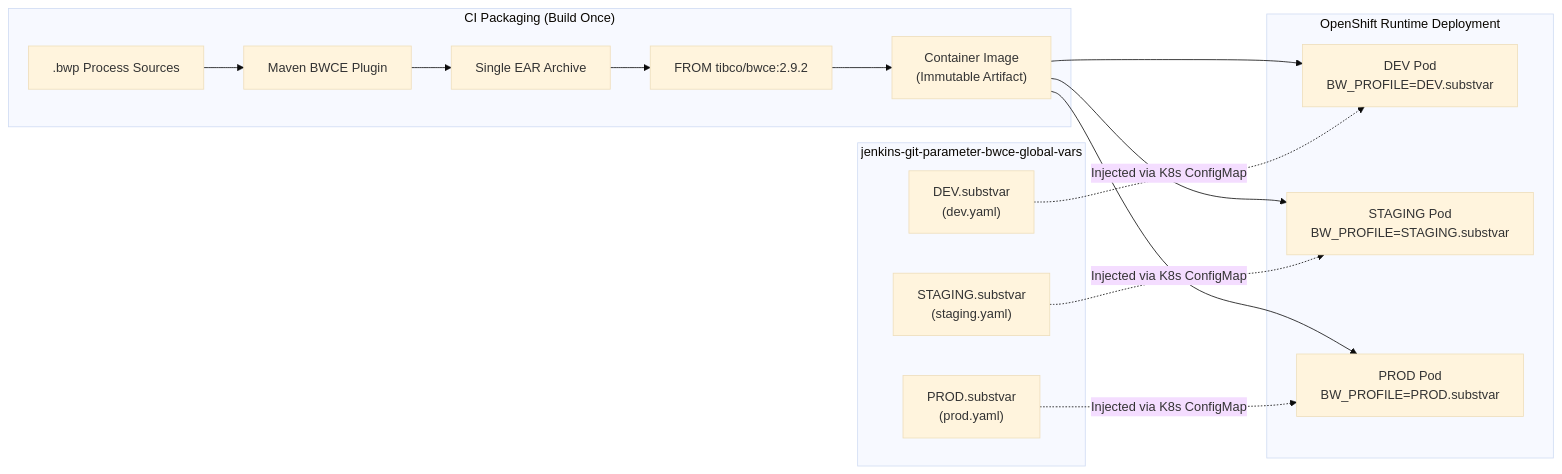
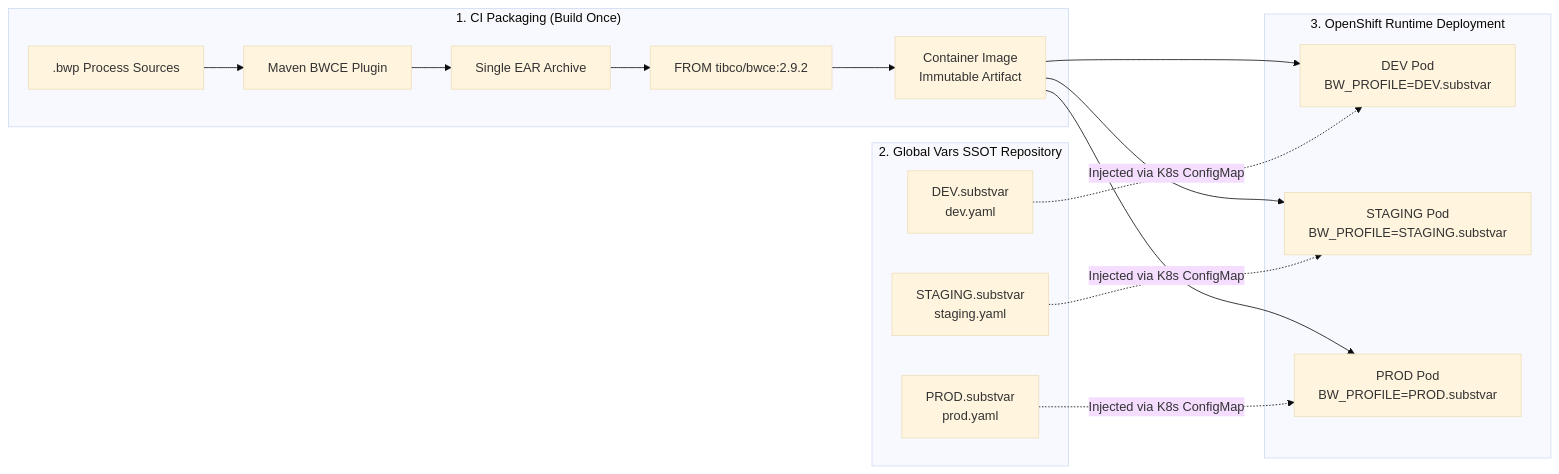
The second of 10 diagrams in README.md (nubenetes/jenkins-git-parameter-bwce), drawn with Mermaid (base theme) before and after one commit. The commit also changed other lines of this file, not shown here.

Commit message:
docs: fold all diagrams and add comprehensive architectural flows with validated Mermaid syntax

````diff
--- a/README.md
+++ b/README.md
@@ -140,25 +144,25 @@
 ```mermaid
 flowchart LR
-    subgraph BuildTime ["CI Packaging (Build Once)"]
+    subgraph BuildTime ["1. CI Packaging (Build Once)"]
         Source[".bwp Process Sources"] --> Maven["Maven BWCE Plugin"]
         Maven --> EAR["Single EAR Archive"]
         EAR --> BaseImage["FROM tibco/bwce:2.9.2"]
-        BaseImage --> Image["Container Image<br/>(Immutable Artifact)"]
+        BaseImage --> Image["Container Image<br/>Immutable Artifact"]
     end
 
-    subgraph GitOpsSSOT ["jenkins-git-parameter-bwce-global-vars"]
-        DevVars["DEV.substvar<br/>(dev.yaml)"]
-        StgVars["STAGING.substvar<br/>(staging.yaml)"]
-        PrdVars["PROD.substvar<br/>(prod.yaml)"]
+    subgraph GitOpsSSOT ["2. Global Vars SSOT Repository"]
+        DevVars["DEV.substvar<br/>dev.yaml"]
+        StgVars["STAGING.substvar<br/>staging.yaml"]
+        PrdVars["PROD.substvar<br/>prod.yaml"]
     end
 
-    subgraph RuntimeDeploy ["OpenShift Runtime Deployment"]
+    subgraph RuntimeDeploy ["3. OpenShift Runtime Deployment"]
         Image --> OCPDev["DEV Pod<br/>BW_PROFILE=DEV.substvar"]
         Image --> OCPStg["STAGING Pod<br/>BW_PROFILE=STAGING.substvar"]
         Image --> OCPPrd["PROD Pod<br/>BW_PROFILE=PROD.substvar"]
 
         DevVars -.->|Injected via K8s ConfigMap| OCPDev
         StgVars -.->|Injected via K8s ConfigMap| OCPStg
         PrdVars -.->|Injected via K8s ConfigMap| OCPPrd
     end
 ```
````
